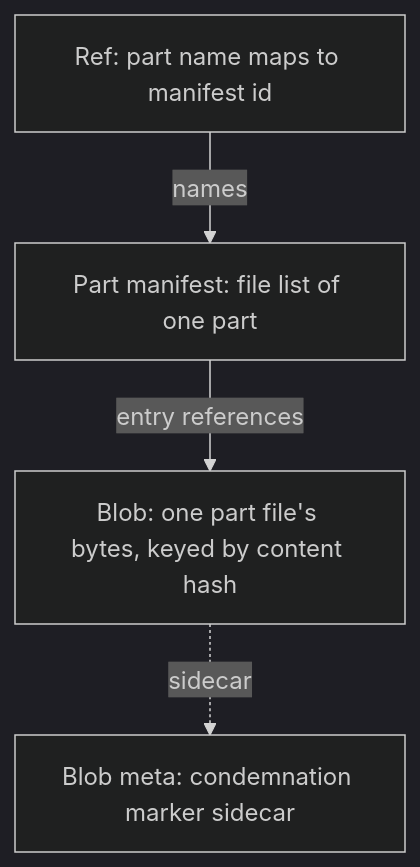
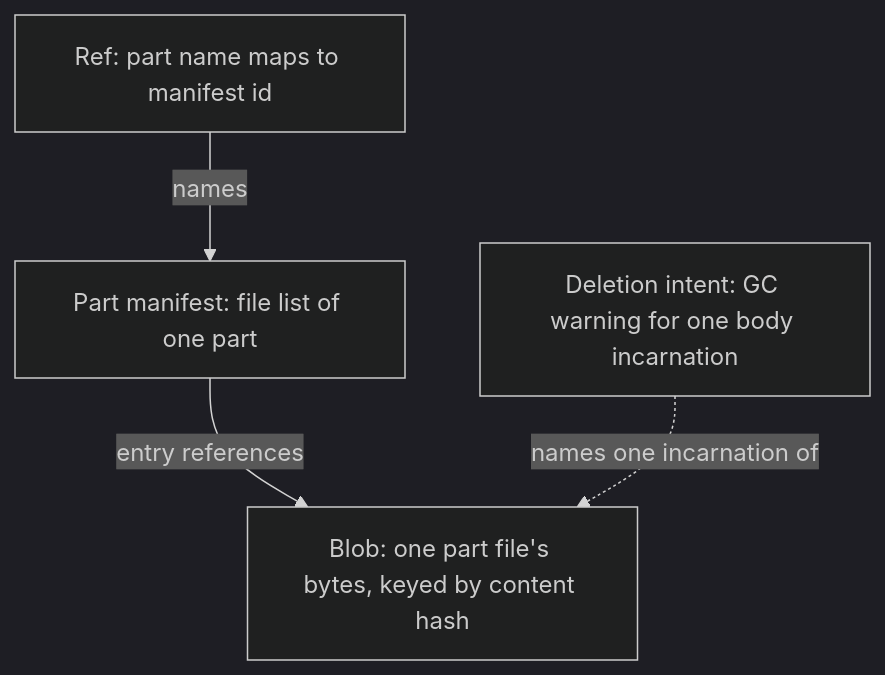
One commit to Altinity/ClickHouse changed the diagram in docs/en/antalya/cas/architecture/index.md. Above: the diagram before and after it, drawn with Mermaid (dark theme). The commit also changed other lines of this file and 20 other files, not shown here.

First line of the commit message:
Document CAS blob deletion intents

````diff
--- a/docs/en/antalya/cas/architecture/index.md
+++ b/docs/en/antalya/cas/architecture/index.md
@@ -51,11 +51,11 @@
 ```mermaid
 graph TD
     R["Ref: part name maps to manifest id"]
     M["Part manifest: file list of one part"]
     B["Blob: one part file's bytes, keyed by content hash"]
-    BM["Blob meta: condemnation marker sidecar"]
+    BI["Deletion intent: GC warning for one body incarnation"]
 
     R -->|names| M
     M -->|entry references| B
-    B -.->|sidecar| BM
+    BI -.->|names one incarnation of| B
 ```
````
